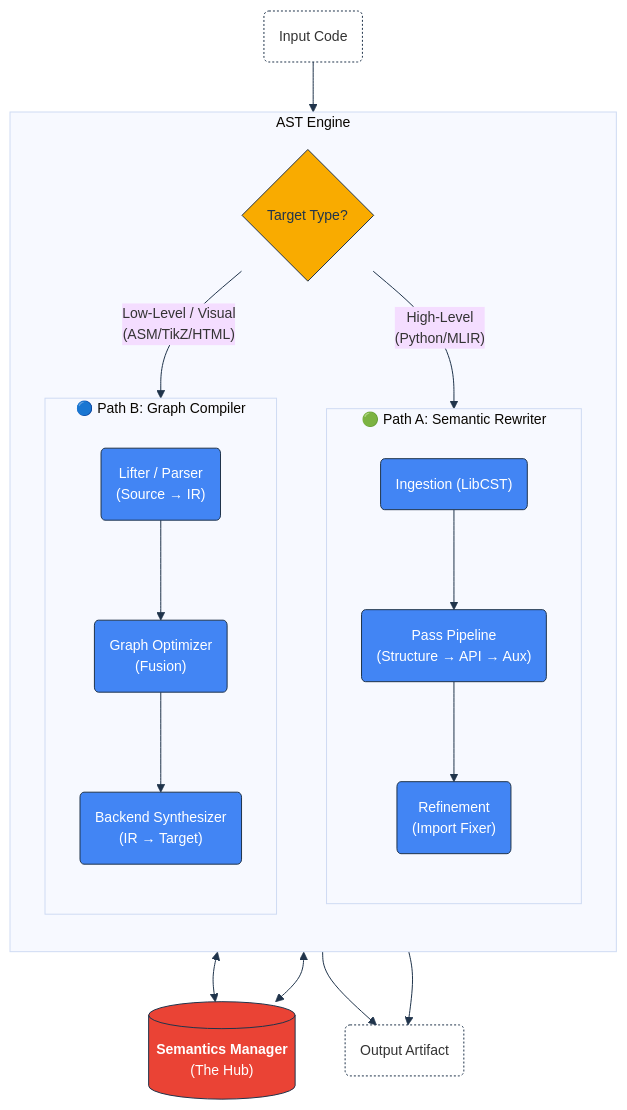
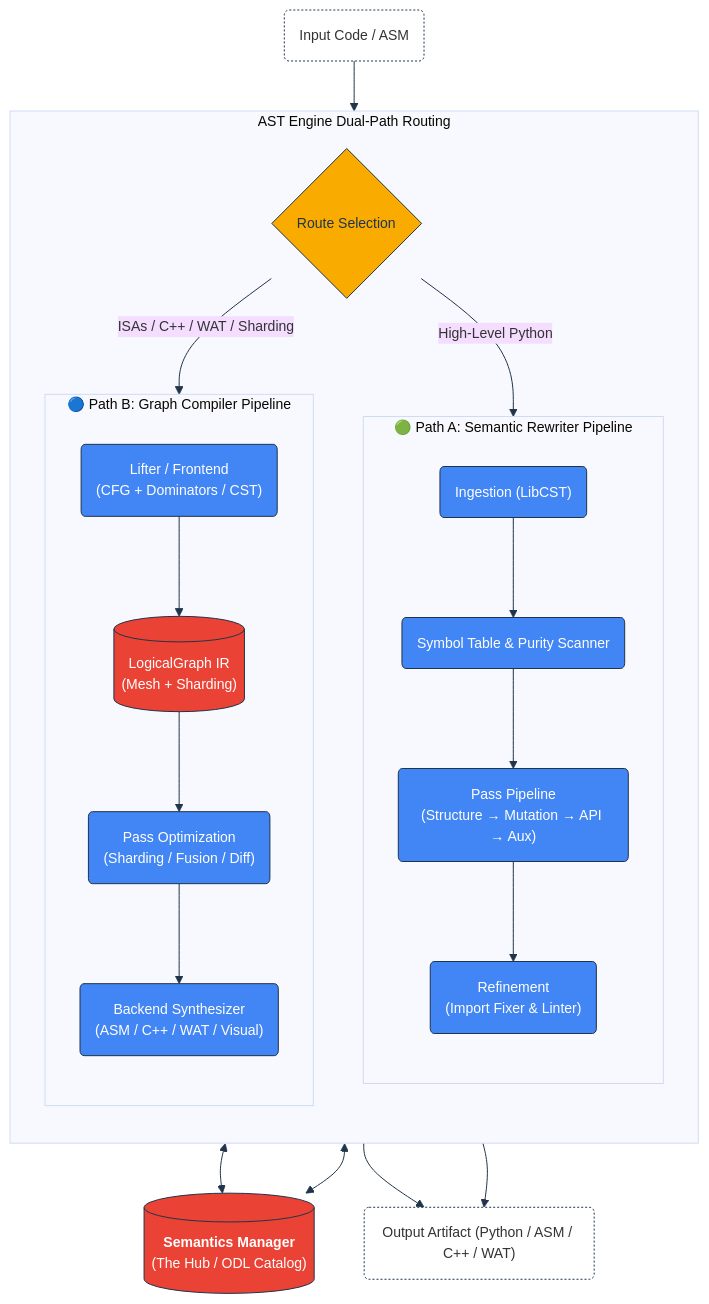
The diagram in INTERNALS.md (SamuelMarks/ml-switcheroo), drawn with Mermaid before and after one commit. The commit also changed other lines of this file and 7 other files, not shown here.

````diff
--- a/INTERNALS.md
+++ b/INTERNALS.md
@@ -34,44 +36,46 @@
 ```mermaid
 %%{init: {'theme': 'base', 'themeVariables': { 'fontFamily': 'Google Sans', 'fontSize': '14px', 'lineColor': '#20344b'}}}%%
 graph TD
     classDef process fill: #4285f4, stroke: #20344b, stroke-width: 1px, color: #ffffff, rx: 4px;
     classDef decision fill: #f9ab00, stroke: #20344b, stroke-width: 1px, color: #20344b, rx: 20px;
     classDef storage fill: #ea4335, stroke: #20344b, stroke-width: 1px, color: #ffffff, rx: 4px;
     classDef artifact fill: #ffffff, stroke: #20344b, stroke-width: 1px, stroke-dasharray: 2 2;
-    SRC("Input Code"):::artifact
+    SRC("Input Code / ASM"):::artifact
 
-subgraph ENGINE [AST Engine]
+subgraph ENGINE [AST Engine Dual-Path Routing]
 direction TB
-ROUTER{"Target Type?"}:::decision
+ROUTER{"Route Selection"}:::decision
 
-subgraph PATH_A [🟢 Path A: Semantic Rewriter]
+subgraph PATH_A [🟢 Path A: Semantic Rewriter Pipeline]
 direction TB
 INGEST("Ingestion (LibCST)"):::process
-PIPELINE("Pass Pipeline<br/>(Structure &rarr; API &rarr; Aux)"):::process
-FIXER("Refinement<br/>(Import Fixer)"):::process
-INGEST --> PIPELINE --> FIXER
+SYMBOLS("Symbol Table & Purity Scanner"):::process
+PIPELINE("Pass Pipeline<br/>(Structure &rarr; Mutation &rarr; API &rarr; Aux)"):::process
+FIXER("Refinement<br/>(Import Fixer & Linter)"):::process
+INGEST --> SYMBOLS --> PIPELINE --> FIXER
 end
 
-subgraph PATH_B [🔵 Path B: Graph Compiler]
+subgraph PATH_B [🔵 Path B: Graph Compiler Pipeline]
 direction TB
-LIFT("Lifter / Parser<br/>(Source &rarr; IR)"):::process
-OPT("Graph Optimizer<br/>(Fusion)"):::process
-SYNTH("Backend Synthesizer<br/>(IR &rarr; Target)"):::process
-LIFT --> OPT --> SYNTH
+LIFT("Lifter / Frontend<br/>(CFG + Dominators / CST)"):::process
+GRAPH[("LogicalGraph IR<br/>(Mesh + Sharding)")]:::storage
+OPT("Pass Optimization<br/>(Sharding / Fusion / Diff)"):::process
+SYNTH("Backend Synthesizer<br/>(ASM / C++ / WAT / Visual)"):::process
+LIFT --> GRAPH --> OPT --> SYNTH
 end
 end
 
-KB[("<b>Semantics Manager</b><br/>(The Hub)")]:::storage
+KB[("<b>Semantics Manager</b><br/>(The Hub / ODL Catalog)")]:::storage
 
-TGT("Output Artifact"):::artifact
+TGT("Output Artifact (Python / ASM / C++ / WAT)"):::artifact
 
 SRC --> ROUTER
-ROUTER -->|" High-Level<br/>(Python/MLIR) "|PATH_A
-ROUTER -->|" Low-Level / Visual<br/>(ASM/TikZ/HTML) "|PATH_B
+ROUTER -->|" High-Level Python "|PATH_A
+ROUTER -->|" ISAs / C++ / WAT / Sharding "|PATH_B
 
 PIPELINE <--> KB
 SYNTH <--> KB
 
 FIXER --> TGT
 SYNTH --> TGT
 ```
````
